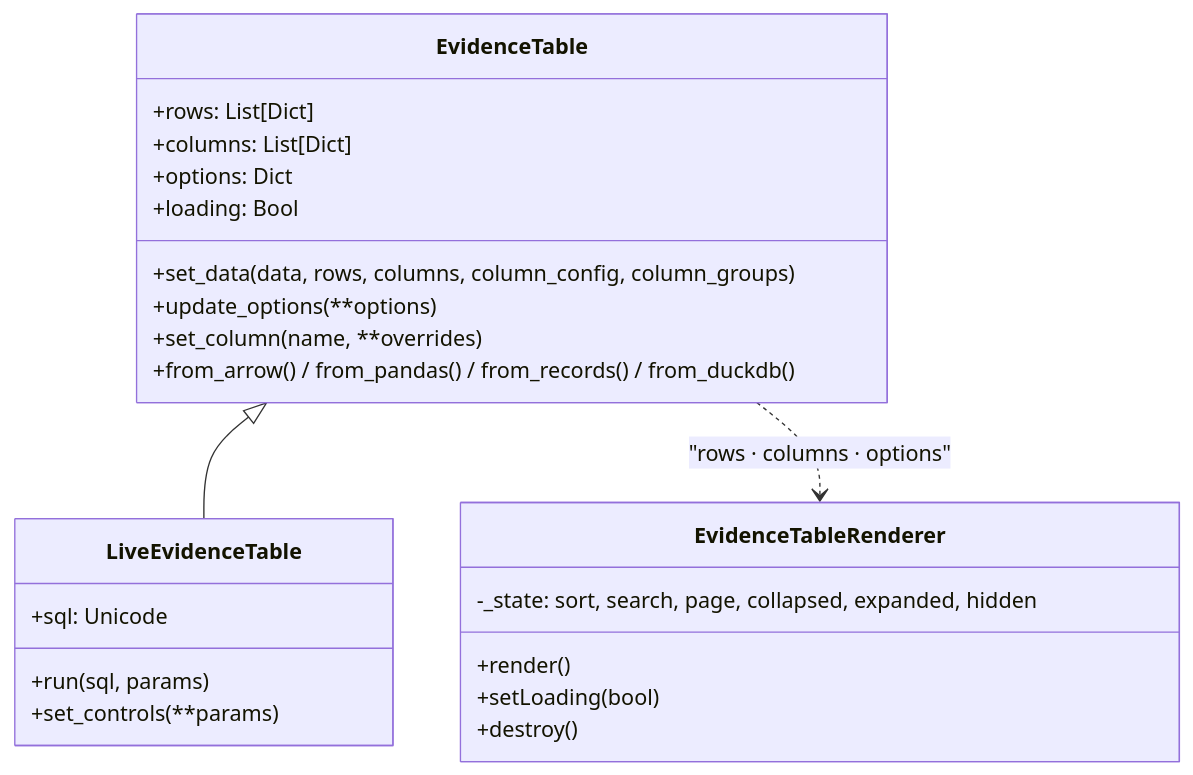
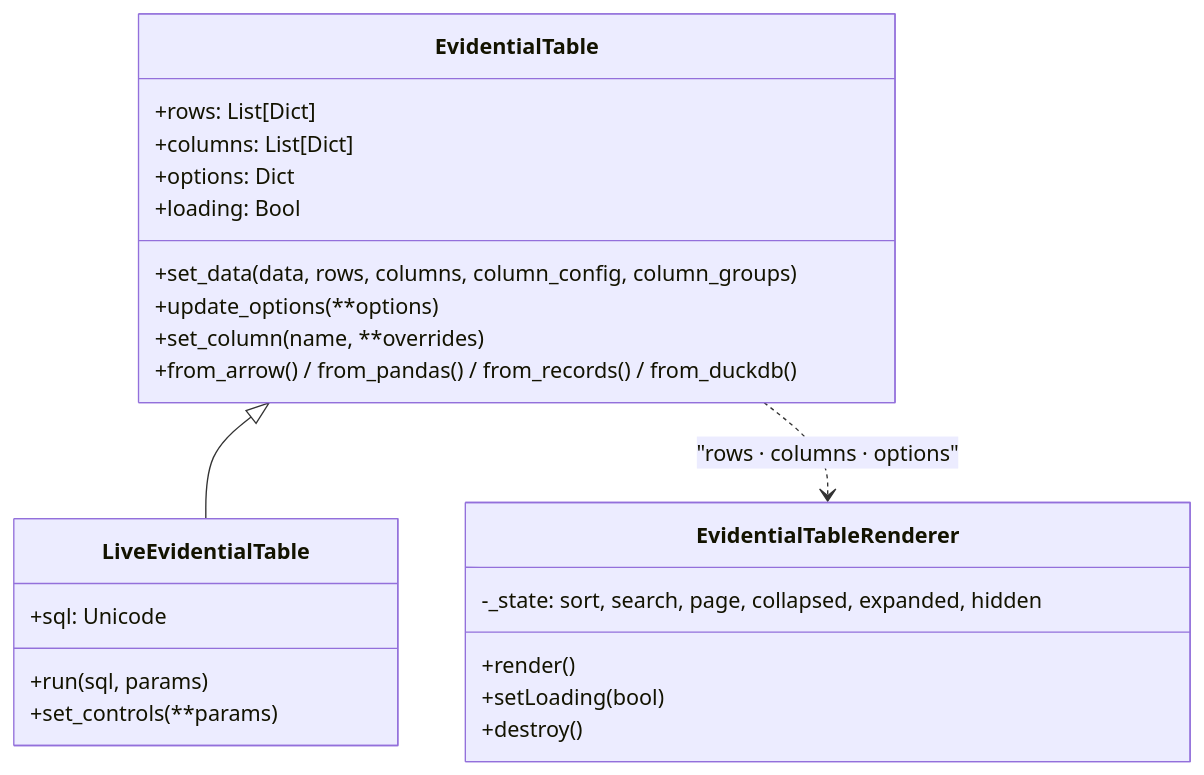
The second of 11 diagrams in docs/technical-architecture.md (edouardp/evidential), drawn with Mermaid before and after one commit. The commit also changed other lines of this file and 87 other files, not shown here.

````diff
--- a/docs/technical-architecture.md
+++ b/docs/technical-architecture.md
@@ -118,26 +118,26 @@
 ```mermaid
 classDiagram
-  class EvidenceTable {
+  class EvidentialTable {
     +rows: List[Dict]
     +columns: List[Dict]
     +options: Dict
     +loading: Bool
     +set_data(data, rows, columns, column_config, column_groups)
     +update_options(**options)
     +set_column(name, **overrides)
     +from_arrow() / from_pandas() / from_records() / from_duckdb()
   }
-  class LiveEvidenceTable {
+  class LiveEvidentialTable {
     +sql: Unicode
     +run(sql, params)
     +set_controls(**params)
   }
-  class EvidenceTableRenderer {
+  class EvidentialTableRenderer {
     -_state: sort, search, page, collapsed, expanded, hidden
     +render()
     +setLoading(bool)
     +destroy()
   }
-  EvidenceTable <|-- LiveEvidenceTable
-  EvidenceTable ..> EvidenceTableRenderer : "rows · columns · options"
+  EvidentialTable <|-- LiveEvidentialTable
+  EvidentialTable ..> EvidentialTableRenderer : "rows · columns · options"
 ```
````
